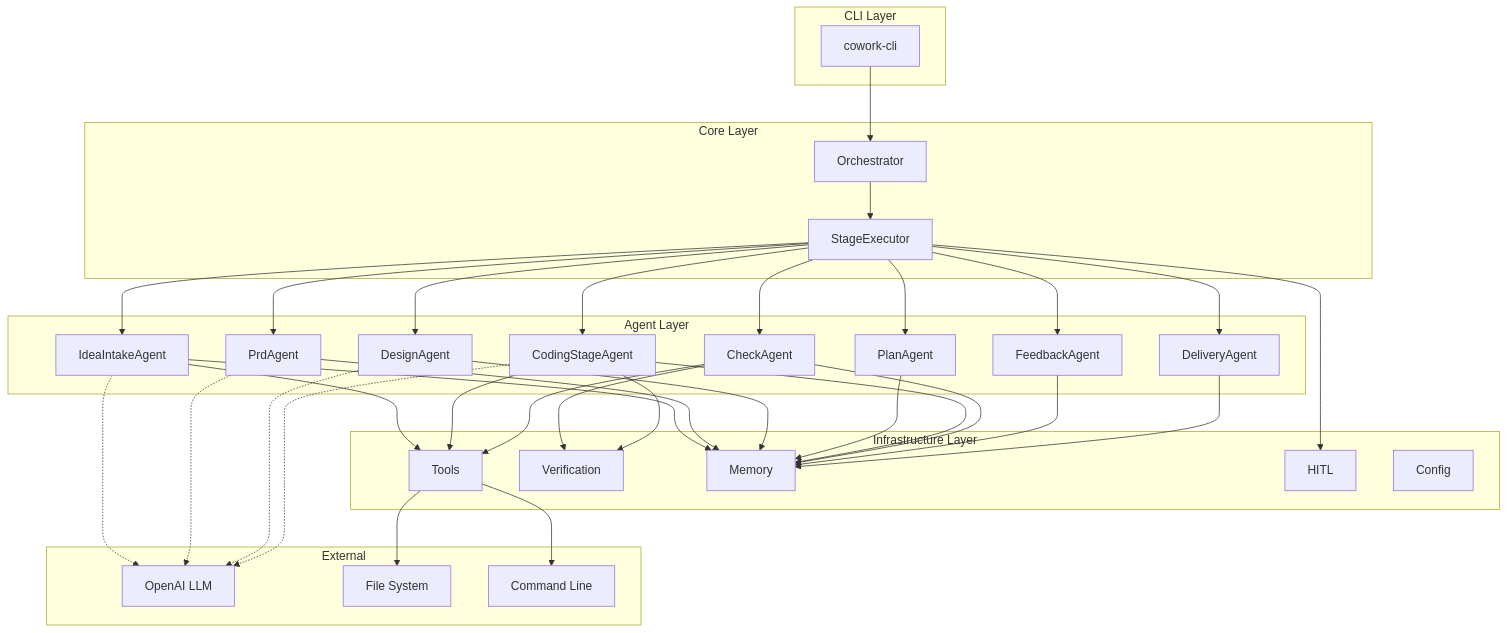
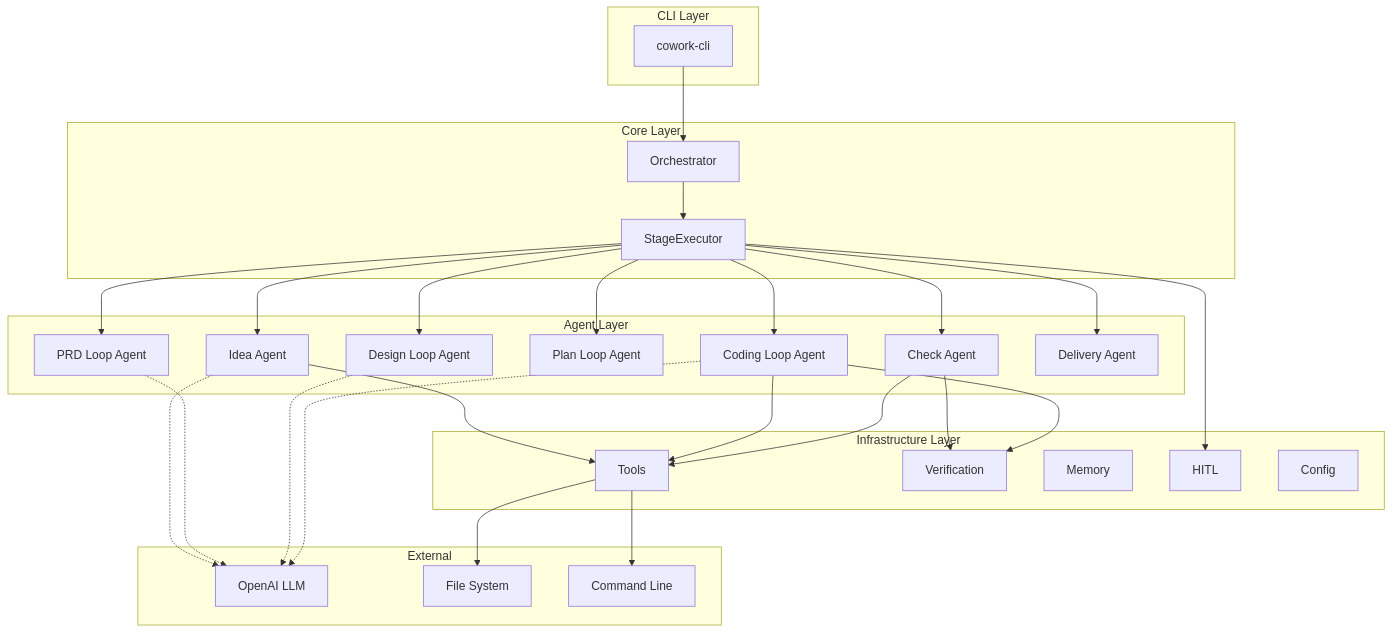
One commit to sopaco/cowork-forge changed the first of 3 diagrams in README.md. Above: the diagram before and after it, drawn with Mermaid. The commit also changed other lines of this file and 1 other file, not shown here.

First line of the commit message:
``` Update documentation to reflect 7-agent architecture

````diff
--- a/README.md
+++ b/README.md
@@ -146,73 +145,62 @@
 ```mermaid
 graph TB
     subgraph "CLI Layer"
         CLI[cowork-cli]
     end
     
     subgraph "Core Layer"
         Orch[Orchestrator]
         Exec[StageExecutor]
     end
     
     subgraph "Agent Layer"
-        IDEA[IdeaIntakeAgent]
-        PRD[PrdAgent]
-        DESIGN[DesignAgent]
-        PLAN[PlanAgent]
-        CODING[CodingStageAgent]
-        CHECK[CheckAgent]
-        FEEDBACK[FeedbackAgent]
-        DELIVERY[DeliveryAgent]
+        IDEA[Idea Agent]
+        PRD[PRD Loop Agent]
+        DESIGN[Design Loop Agent]
+        PLAN[Plan Loop Agent]
+        CODING[Coding Loop Agent]
+        CHECK[Check Agent]
+        DELIVERY[Delivery Agent]
     end
     
     subgraph "Infrastructure Layer"
         TOOLS[Tools]
         VERIFY[Verification]
         MEMORY[Memory]
         HITL[HITL]
         CONFIG[Config]
     end
     
     subgraph "External"
         LLM[OpenAI LLM]
         FS[File System]
         CMD[Command Line]
     end
     
     CLI --> Orch
     Orch --> Exec
     Exec --> IDEA
     Exec --> PRD
     Exec --> DESIGN
     Exec --> PLAN
     Exec --> CODING
     Exec --> CHECK
-    Exec --> FEEDBACK
     Exec --> DELIVERY
     
     IDEA --> TOOLS
     CODING --> TOOLS
     CHECK --> TOOLS
     
     CHECK --> VERIFY
     CODING --> VERIFY
-    
-    IDEA --> MEMORY
-    PRD --> MEMORY
-    DESIGN --> MEMORY
-    PLAN --> MEMORY
-    CODING --> MEMORY
-    CHECK --> MEMORY
-    FEEDBACK --> MEMORY
-    DELIVERY --> MEMORY
     
     Exec --> HITL
     
     TOOLS --> FS
     TOOLS --> CMD
     
     IDEA -.-> LLM
     PRD -.-> LLM
     DESIGN -.-> LLM
     CODING -.-> LLM
 ```
````
